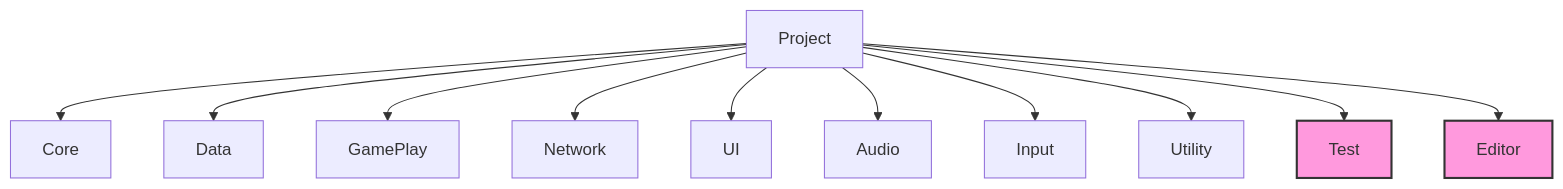
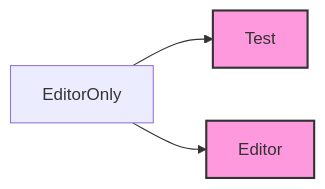
One commit to HyunWoo-Jo/ProjectHS changed the third of 4 diagrams in _Doc/System.md. Above: the diagram before and after it, drawn with Mermaid. The commit also changed other lines of this file, not shown here.

````diff
--- a/_Doc/System.md
+++ b/_Doc/System.md
@@ -65,15 +91,7 @@
 ```mermaid
-graph TD
-    A[Project] --> Core;
-    A --> Data;
-    A --> GamePlay;
-    A --> Network;
-    A --> UI;
-    A --> Audio;
-    A --> Input;
-    A --> Utility;
-    A --> Test;
-    A --> Editor;
+graph LR
+ EditorOnly --> Test;
+    EditorOnly --> Editor;
   style Test fill:#f9d,stroke:#333,stroke-width:2px
   style Editor fill:#f9d,stroke:#333,stroke-width:2px
 ```
````
